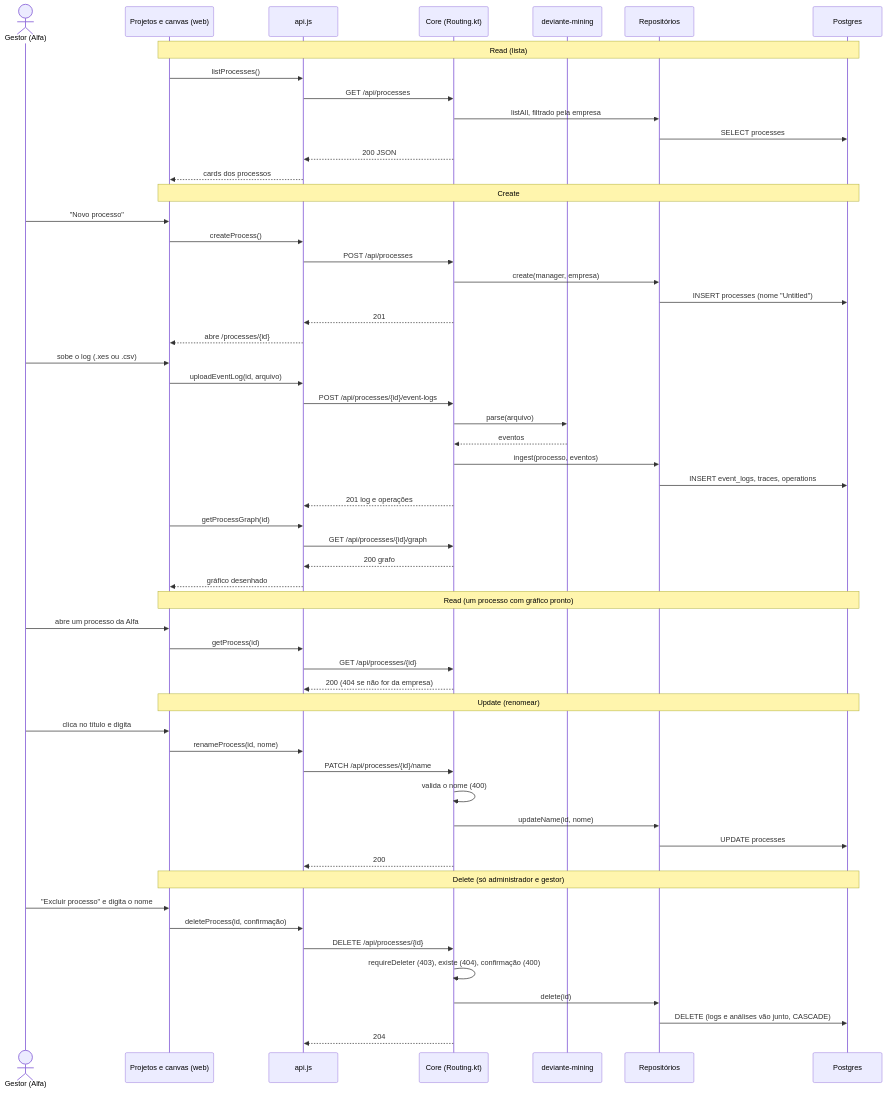
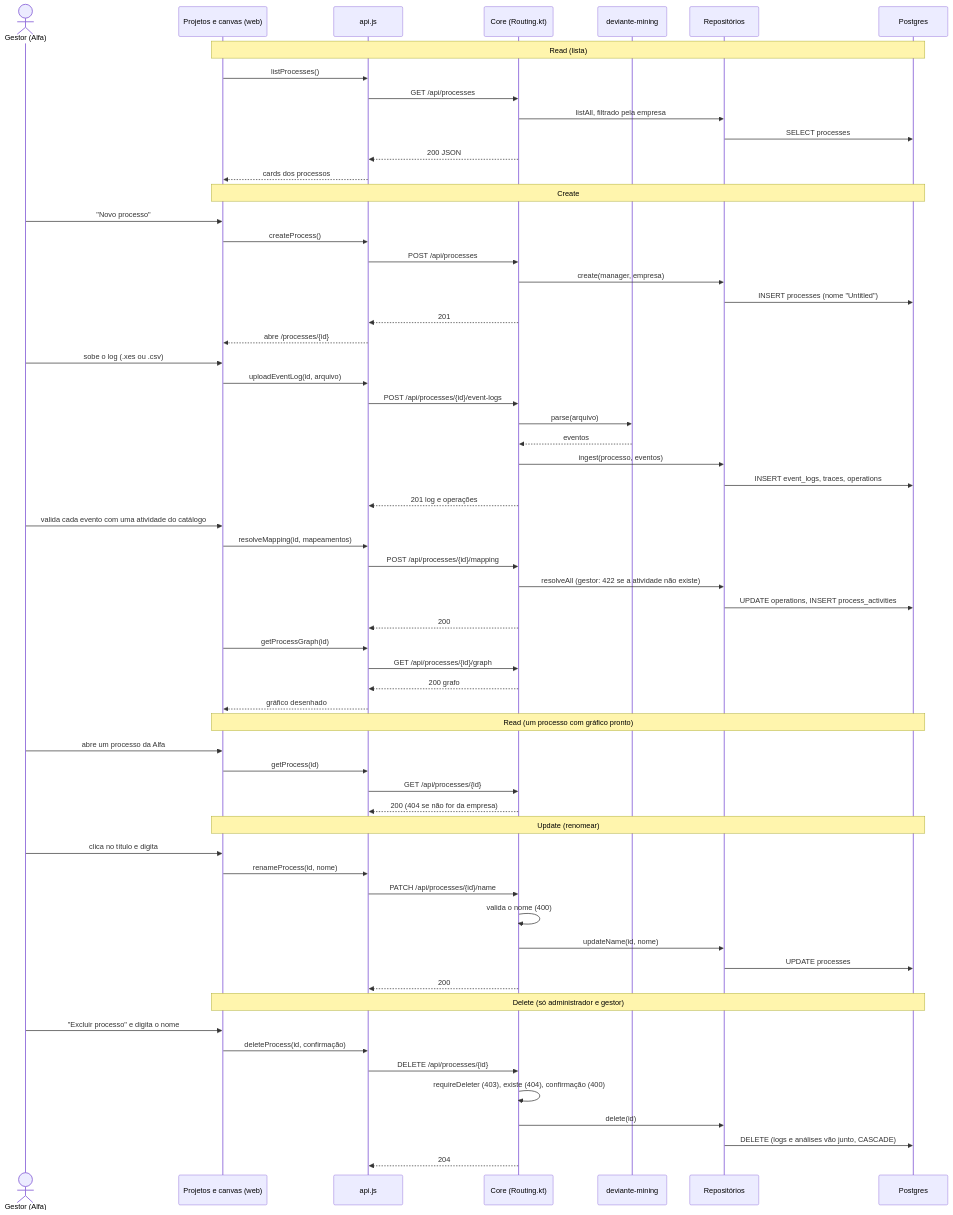
The first of 2 diagrams in Desenvolvimento Orientado a Reuso/defesa/roteiro-alander.md (aland3r/deviante-docs), drawn with Mermaid before and after one commit. The commit also changed other lines of this file and 1 other file, not shown here.

First line of the commit message:
Roteiros de Reuso: Processo como Gestor com upload do DR_MS_ST_20 da Alfa, Atividade como Administrador; trechos no d6ab141/b69d9b5

````diff
--- a/Desenvolvimento Orientado a Reuso/defesa/roteiro-alander.md
+++ b/Desenvolvimento Orientado a Reuso/defesa/roteiro-alander.md
@@ -52,58 +62,64 @@
 ```mermaid
 sequenceDiagram
     actor G as Gestor (Alfa)
     participant P as Projetos e canvas (web)
     participant A as api.js
     participant C as Core (Routing.kt)
     participant M as deviante-mining
     participant R as Repositórios
     participant DB as Postgres
     Note over P,DB: Read (lista)
     P->>A: listProcesses()
     A->>C: GET /api/processes
     C->>R: listAll, filtrado pela empresa
     R->>DB: SELECT processes
     C-->>A: 200 JSON
     A-->>P: cards dos processos
     Note over P,DB: Create
     G->>P: "Novo processo"
     P->>A: createProcess()
     A->>C: POST /api/processes
     C->>R: create(manager, empresa)
     R->>DB: INSERT processes (nome "Untitled")
     C-->>A: 201
     A-->>P: abre /processes/{id}
     G->>P: sobe o log (.xes ou .csv)
     P->>A: uploadEventLog(id, arquivo)
     A->>C: POST /api/processes/{id}/event-logs
     C->>M: parse(arquivo)
     M-->>C: eventos
     C->>R: ingest(processo, eventos)
     R->>DB: INSERT event_logs, traces, operations
     C-->>A: 201 log e operações
+    G->>P: valida cada evento com uma atividade do catálogo
+    P->>A: resolveMapping(id, mapeamentos)
+    A->>C: POST /api/processes/{id}/mapping
+    C->>R: resolveAll (gestor: 422 se a atividade não existe)
+    R->>DB: UPDATE operations, INSERT process_activities
+    C-->>A: 200
     P->>A: getProcessGraph(id)
     A->>C: GET /api/processes/{id}/graph
     C-->>A: 200 grafo
     A-->>P: gráfico desenhado
     Note over P,DB: Read (um processo com gráfico pronto)
     G->>P: abre um processo da Alfa
     P->>A: getProcess(id)
     A->>C: GET /api/processes/{id}
     C-->>A: 200 (404 se não for da empresa)
     Note over P,DB: Update (renomear)
     G->>P: clica no título e digita
     P->>A: renameProcess(id, nome)
     A->>C: PATCH /api/processes/{id}/name
     C->>C: valida o nome (400)
     C->>R: updateName(id, nome)
     R->>DB: UPDATE processes
     C-->>A: 200
     Note over P,DB: Delete (só administrador e gestor)
     G->>P: "Excluir processo" e digita o nome
     P->>A: deleteProcess(id, confirmação)
     A->>C: DELETE /api/processes/{id}
     C->>C: requireDeleter (403), existe (404), confirmação (400)
     C->>R: delete(id)
     R->>DB: DELETE (logs e análises vão junto, CASCADE)
     C-->>A: 204
 ```
````
